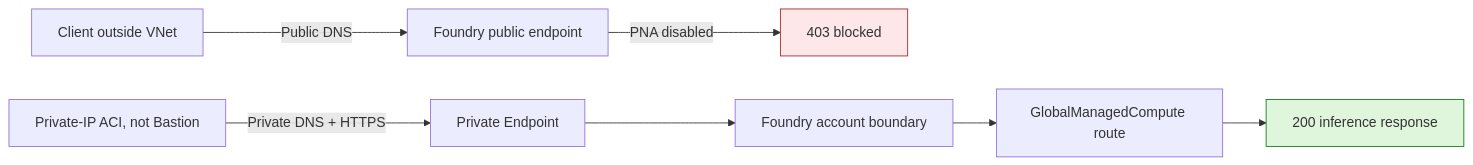
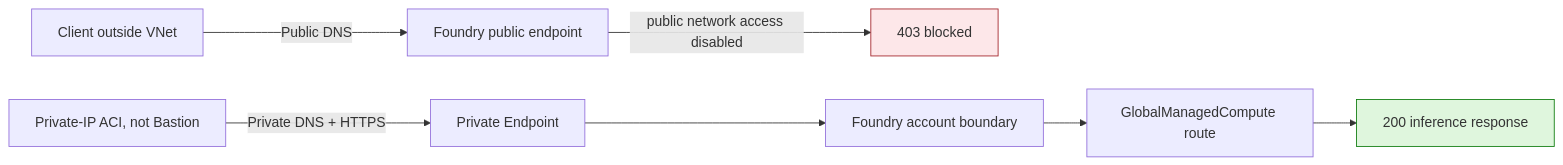
The diagram in Deep-Learning/Managed-Compute-Private-Endpoint/README.md (david-xinyuwei/david-share), drawn with Mermaid before and after one commit. The commit also changed other lines of this file and 21 other files, not shown here.

````diff
--- a/Deep-Learning/Managed-Compute-Private-Endpoint/README.md
+++ b/Deep-Learning/Managed-Compute-Private-Endpoint/README.md
@@ -189,12 +206,12 @@
 ```mermaid
 flowchart LR
     OUT[Client outside VNet] -->|Public DNS| PUB[Foundry public endpoint]
-    PUB -->|PNA disabled| DENY[403 blocked]
+    PUB -->|public network access disabled| DENY[403 blocked]
     IN[Private-IP ACI, not Bastion] -->|Private DNS + HTTPS| PE[Private Endpoint]
     PE --> ACCOUNT[Foundry account boundary]
     ACCOUNT --> ROUTE[GlobalManagedCompute route]
     ROUTE --> OK[200 inference response]
 
     style DENY fill:#fde7e9,stroke:#a4262c
     style OK fill:#dff6dd,stroke:#107c10
 ```
````
